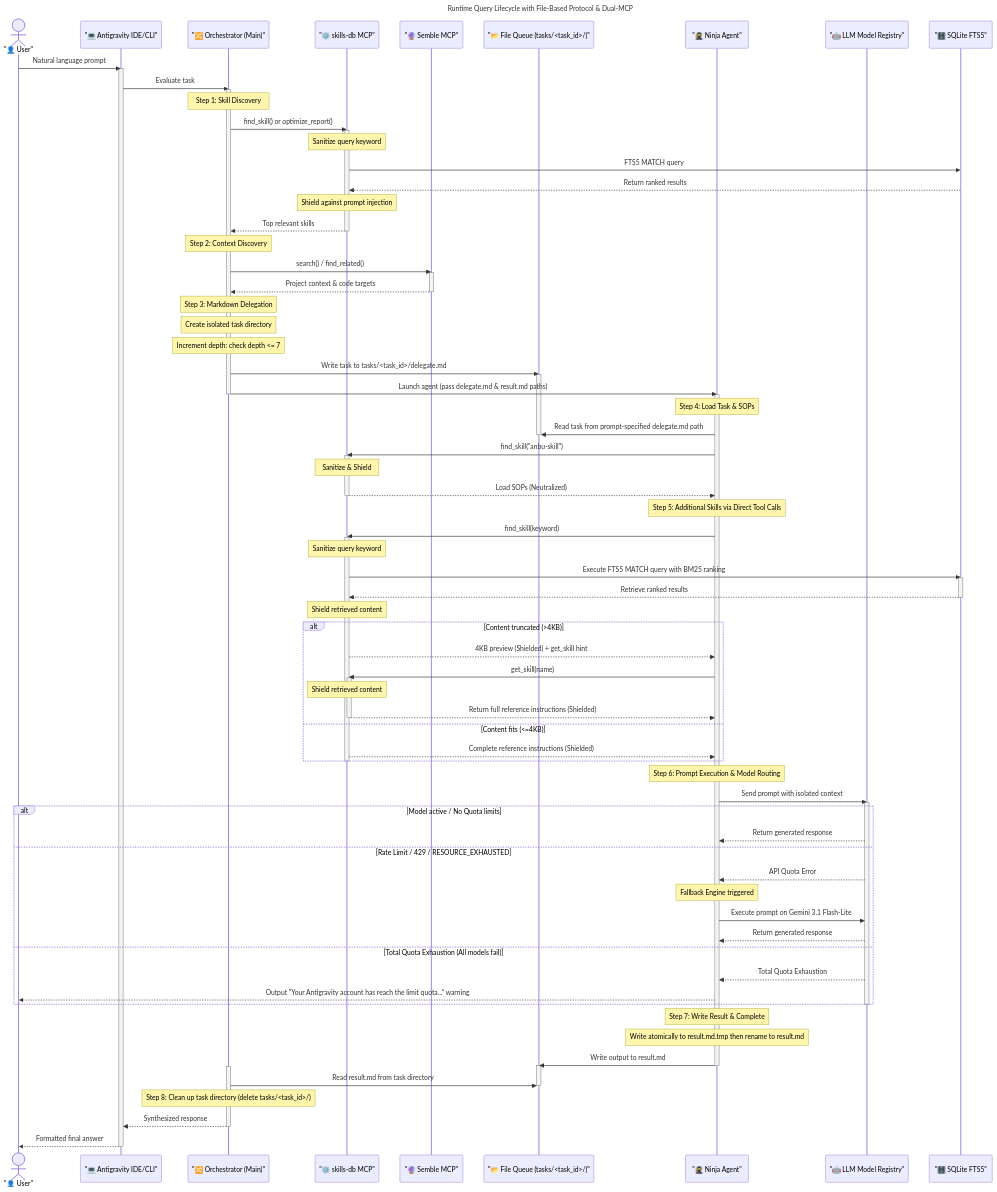
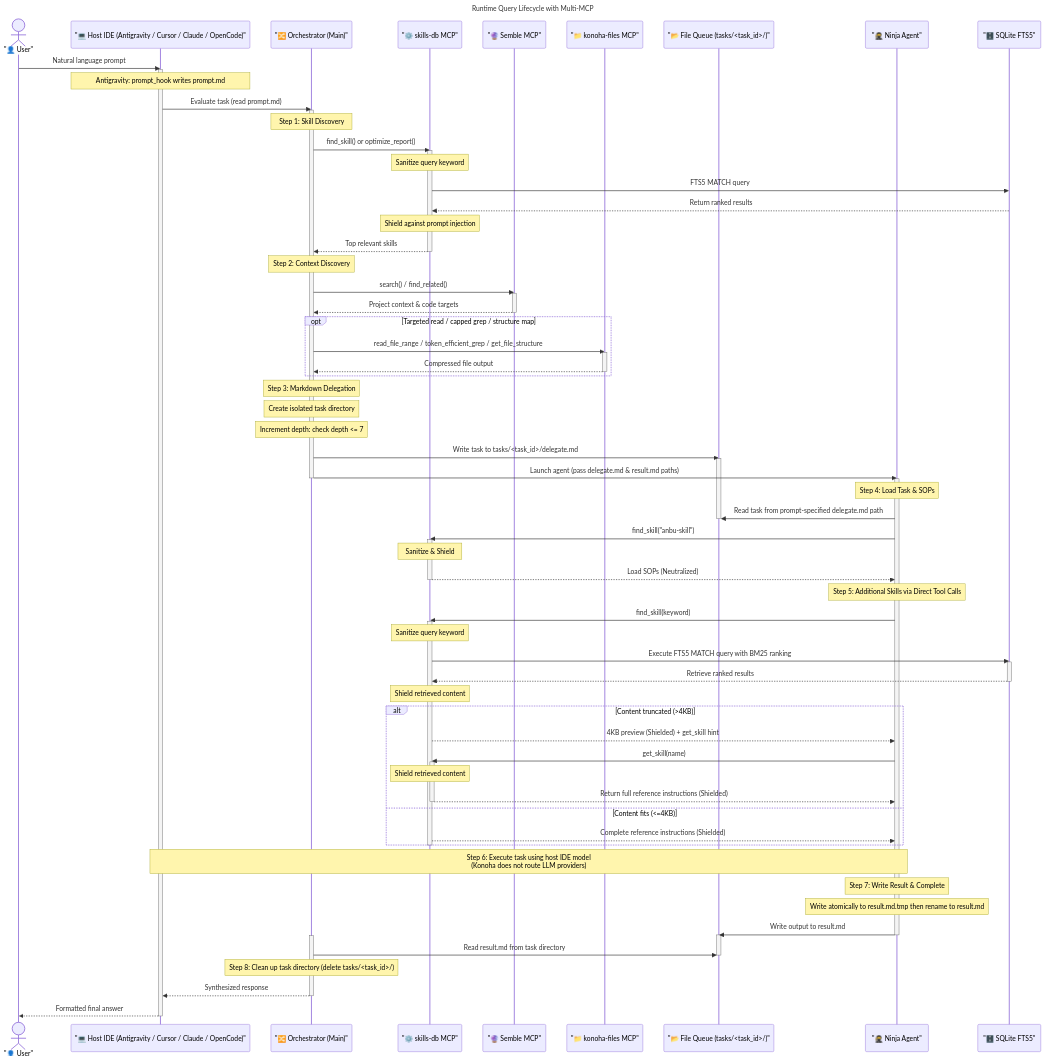
One commit to andycungkrinx91/konoha changed the second of 2 diagrams in docs/ARCHITECTURE.md. Above: the diagram before and after it, drawn with Mermaid. The commit also changed other lines of this file and 109 other files, not shown here.

````diff
--- a/docs/ARCHITECTURE.md
+++ b/docs/ARCHITECTURE.md
@@ -157,21 +147,22 @@
 ```mermaid
 ---
-title: Runtime Query Lifecycle with File-Based Protocol & Dual-MCP
+title: Runtime Query Lifecycle with Multi-MCP
 ---
 sequenceDiagram
     actor User as "👤 User"
-    participant IDE as "💻 Antigravity IDE/CLI"
+    participant IDE as "💻 Host IDE (Antigravity / Cursor / Claude / OpenCode)"
     participant Router as "🔀 Orchestrator (Main)"
     participant SkillsDB as "⚙️ skills-db MCP"
     participant Semble as "🔮 Semble MCP"
+    participant KonohaFiles as "📁 konoha-files MCP"
     participant Queue as "📂 File Queue (tasks/<task_id>/)"
     participant Agent as "🥷 Ninja Agent"
-    participant Model as "🤖 LLM Model Registry"
     participant DB as "🗄️ SQLite FTS5"
 
     User->>IDE: Natural language prompt
     activate IDE
-    IDE->>Router: Evaluate task
+    Note over IDE: Antigravity: prompt_hook writes prompt.md
+    IDE->>Router: Evaluate task (read prompt.md)
     activate Router
 
     %% --- Skill Discovery Phase ---
@@ -191,6 +182,13 @@
     activate Semble
     Semble-->>Router: Project context & code targets
     deactivate Semble
+
+    opt Targeted read / capped grep / structure map
+        Router->>KonohaFiles: read_file_range / token_efficient_grep / get_file_structure
+        activate KonohaFiles
+        KonohaFiles-->>Router: Compressed file output
+        deactivate KonohaFiles
+    end
 
     %% --- Routing Phase ---
     Note over Router: Step 3: Markdown Delegation
@@ -235,22 +233,7 @@
     end
     deactivate SkillsDB
 
-    %% --- Model Execution & Fallback ---
-    Note over Agent: Step 6: Prompt Execution & Model Routing
-    Agent->>Model: Send prompt with isolated context
-    activate Model
-    alt Model active / No Quota limits
-        Model-->>Agent: Return generated response
-    else Rate Limit / 429 / RESOURCE_EXHAUSTED
-        Model-->>Agent: API Quota Error
-        Note over Agent: Fallback Engine triggered
-        Agent->>Model: Execute prompt on Gemini 3.1 Flash-Lite
-        Model-->>Agent: Return generated response
-    else Total Quota Exhaustion (All models fail)
-        Model-->>Agent: Total Quota Exhaustion
-        Agent-->>User: Output "Your Antigravity account has reach the limit quota..." warning
-    end
-    deactivate Model
+    Note over Agent,IDE: Step 6: Execute task using host IDE model<br>(Konoha does not route LLM providers)
 
     %% --- Response Phase ---
     Note over Agent: Step 7: Write Result & Complete
````
